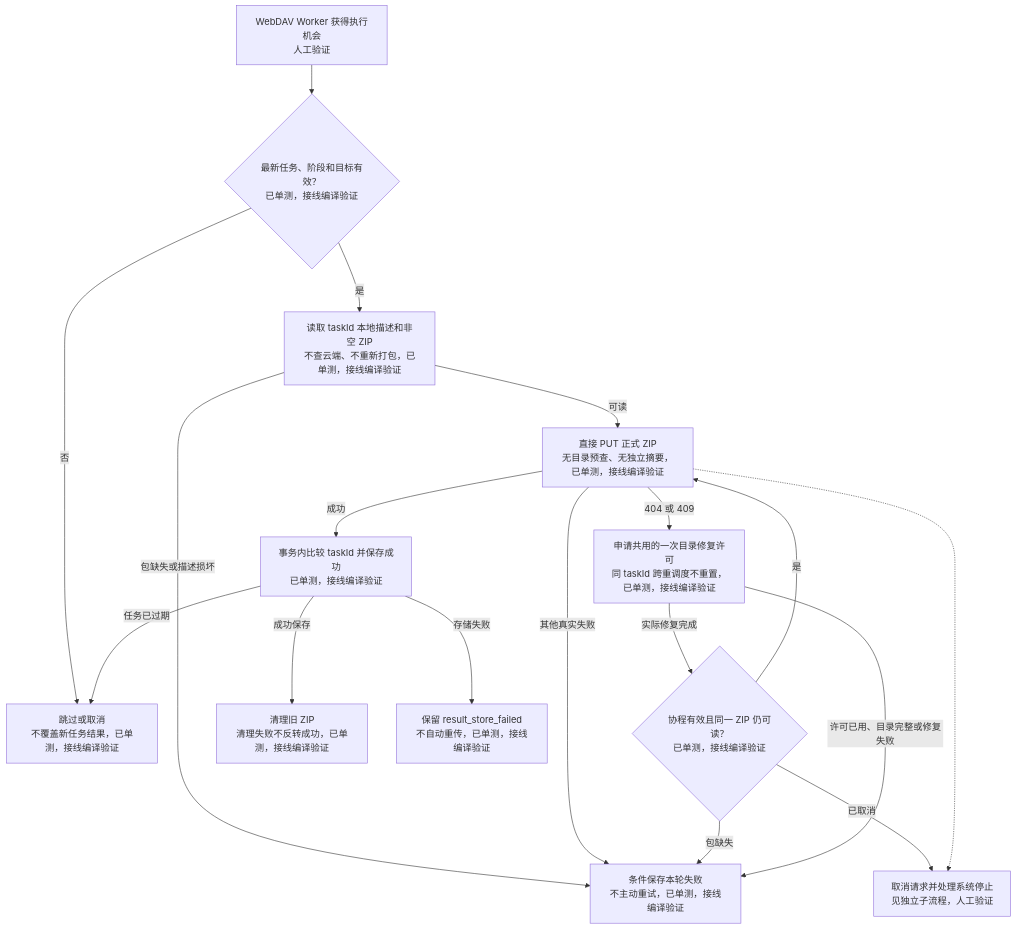
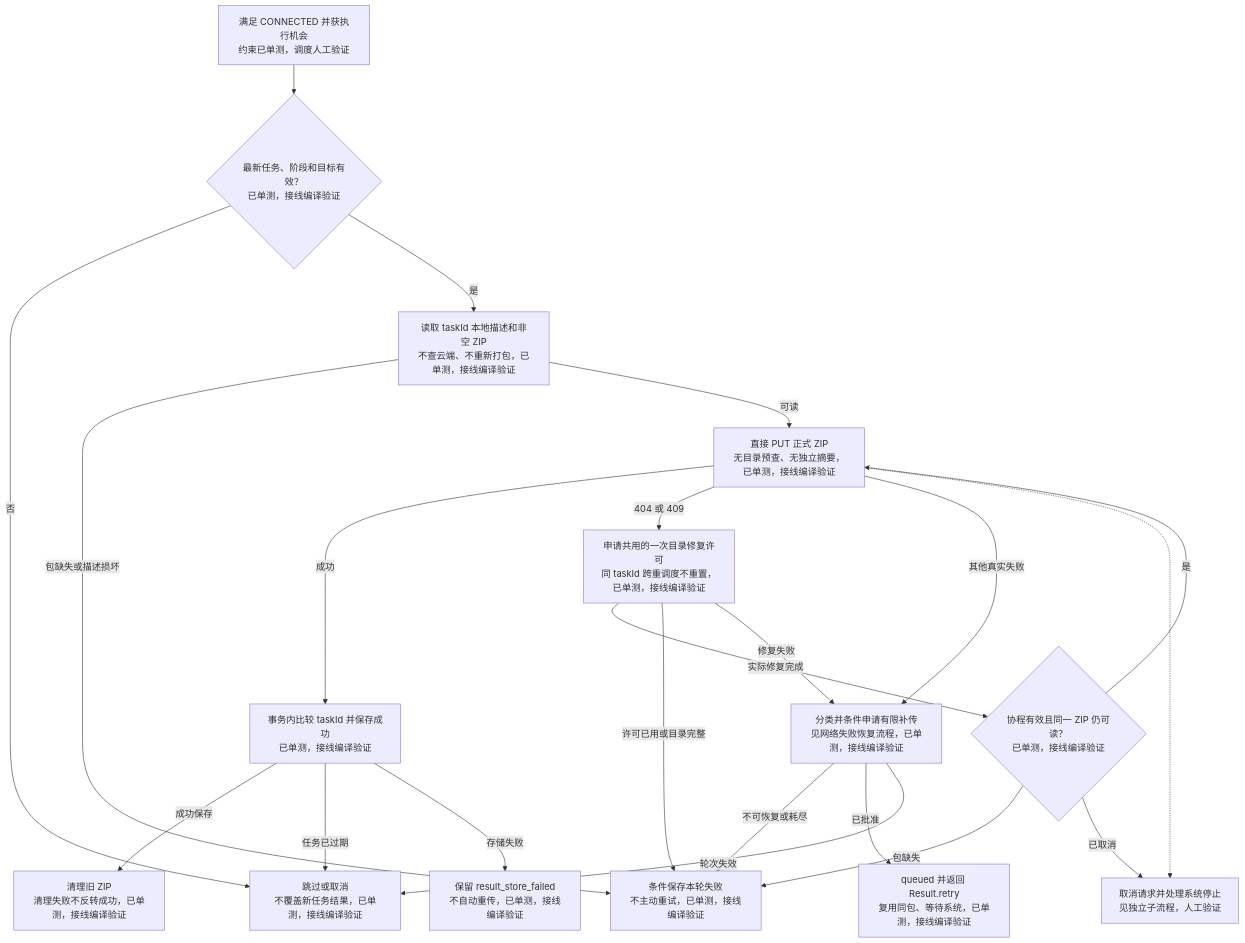
One commit to lwcla/ClipMaster changed the fourth of 15 diagrams in docs/webdav_backup_plan.md. Above: the diagram before and after it, drawn with Mermaid. The commit also changed other lines of this file and 25 other files, not shown here.

First line of the commit message:
备份：增加 WebDAV 有限补传与请求阶段诊断

````diff
--- a/docs/webdav_backup_plan.md
+++ b/docs/webdav_backup_plan.md
@@ -1133,21 +1293,25 @@
 ```mermaid
 %% title: 当前实现：单 ZIP 上传
 flowchart TD
-    Start["WebDAV Worker 获得执行机会<br/>人工验证"] --> Valid{"最新任务、阶段和目标有效？<br/>已单测，接线编译验证"}
+    Start["满足 CONNECTED 并获执行机会<br/>约束已单测，调度人工验证"] --> Valid{"最新任务、阶段和目标有效？<br/>已单测，接线编译验证"}
     Valid -->|否| Skip["跳过或取消<br/>不覆盖新任务结果，已单测，接线编译验证"]
     Valid -->|是| Read["读取 taskId 本地描述和非空 ZIP<br/>不查云端、不重新打包，已单测，接线编译验证"]
     Read -->|包缺失或描述损坏| Failed["条件保存本轮失败<br/>不主动重试，已单测，接线编译验证"]
     Read -->|可读| Put["直接 PUT 正式 ZIP<br/>无目录预查、无独立摘要，已单测，接线编译验证"]
     Put -->|成功| Commit["事务内比较 taskId 并保存成功<br/>已单测，接线编译验证"]
     Put -->|404 或 409| Repair["申请共用的一次目录修复许可<br/>同 taskId 跨重调度不重置，已单测，接线编译验证"]
-    Put -->|其他真实失败| Failed
+    Put -->|其他真实失败| Recover["分类并条件申请有限补传<br/>见网络失败恢复流程，已单测，接线编译验证"]
+    Recover -->|不可恢复或耗尽| Failed
+    Recover -->|已批准| Wait["queued 并返回 Result.retry<br/>复用同包、等待系统，已单测，接线编译验证"]
+    Recover -->|轮次失效| Skip
     Repair -->|实际修复完成| RetryCheck{"协程有效且同一 ZIP 仍可读？<br/>已单测，接线编译验证"}
     RetryCheck -->|是| Put
     RetryCheck -->|包缺失| Failed
     RetryCheck -->|已取消| Stop
-    Repair -->|许可已用、目录完整或修复失败| Failed
+    Repair -->|许可已用或目录完整| Failed
+    Repair -->|修复失败| Recover
     Commit -->|成功保存| Prune["清理旧 ZIP<br/>清理失败不反转成功，已单测，接线编译验证"]
     Commit -->|任务已过期| Skip
     Commit -->|存储失败| StoreFailed["保留 result_store_failed<br/>不自动重传，已单测，接线编译验证"]
     Put -.-> Stop["取消请求并处理系统停止<br/>见独立子流程，人工验证"]
 ```
````
